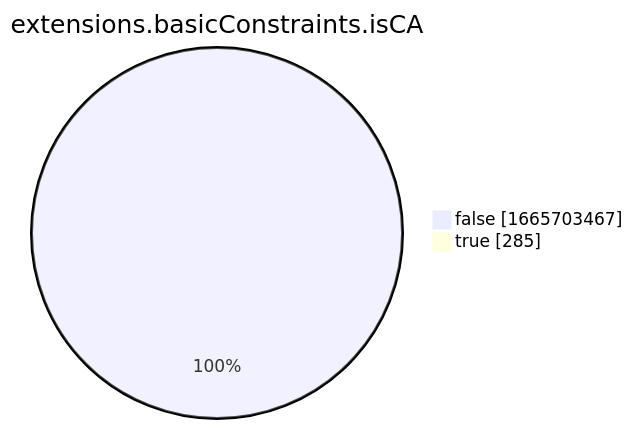
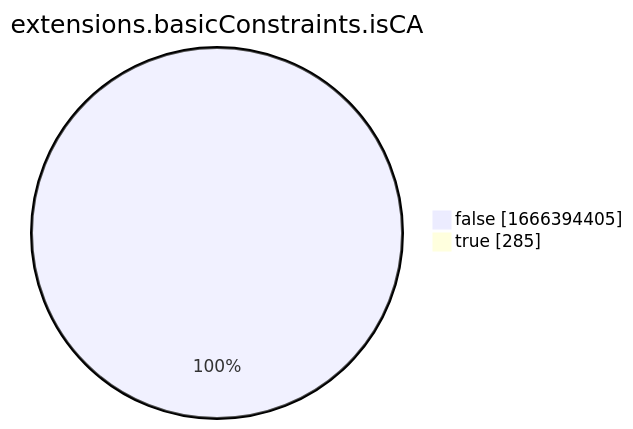
Before and after one commit to christiankrug/ctmonitor_visualization: the eighth of 15 diagrams in xenon2022/README.md, drawn with Mermaid. The commit also changed other lines of this file, not shown here.

````diff
--- a/xenon2022/README.md
+++ b/xenon2022/README.md
@@ -2865,6 +2865,6 @@
 ```mermaid
 pie showData
 title extensions.basicConstraints.isCA
-"false" :1665703467
+"false" :1666394405
 "true" :285
 ```
````
